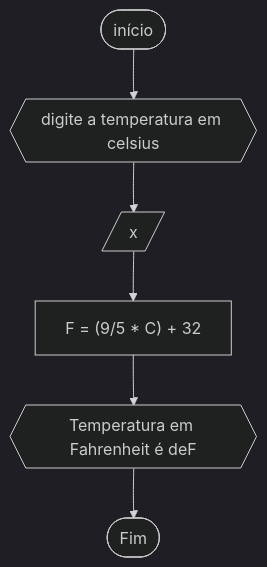
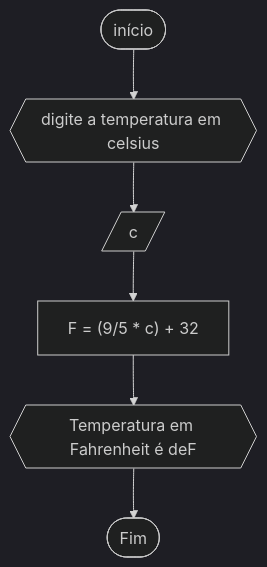
One commit to yeesusu/UNIFOR changed the second of 15 diagrams in RLA/RLA2/20exercícios_RLA.md. Above: the diagram before and after it, drawn with Mermaid (dark theme). The commit also changed other lines of this file, not shown here.

````diff
--- a/RLA/RLA2/20exercícios_RLA.md
+++ b/RLA/RLA2/20exercícios_RLA.md
@@ -29,9 +29,9 @@
 ```mermaid
 flowchart TD
 A([início ])-->B{{digite a temperatura em celsius}}
-B-->C[/x/]
-C-->D["F = (9/5 * C) + 32"]
+B-->C[/c/]
+C-->D["F = (9/5 * c) + 32"]
 D-->E{{"Temperatura em Fahrenheit é de"F}}
 E-->Z([Fim])
 
 ```
````
